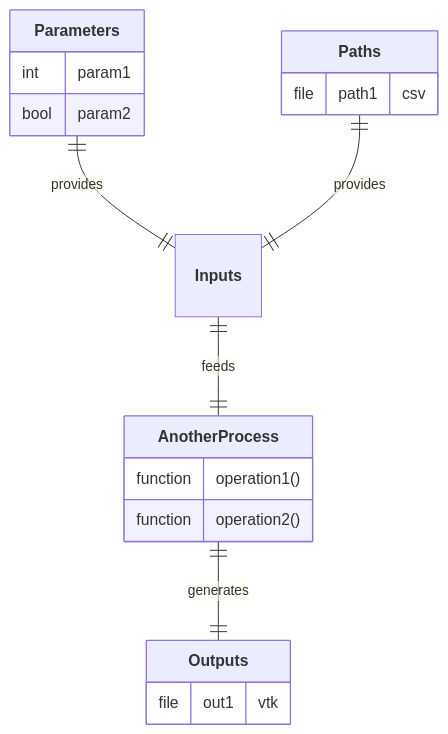
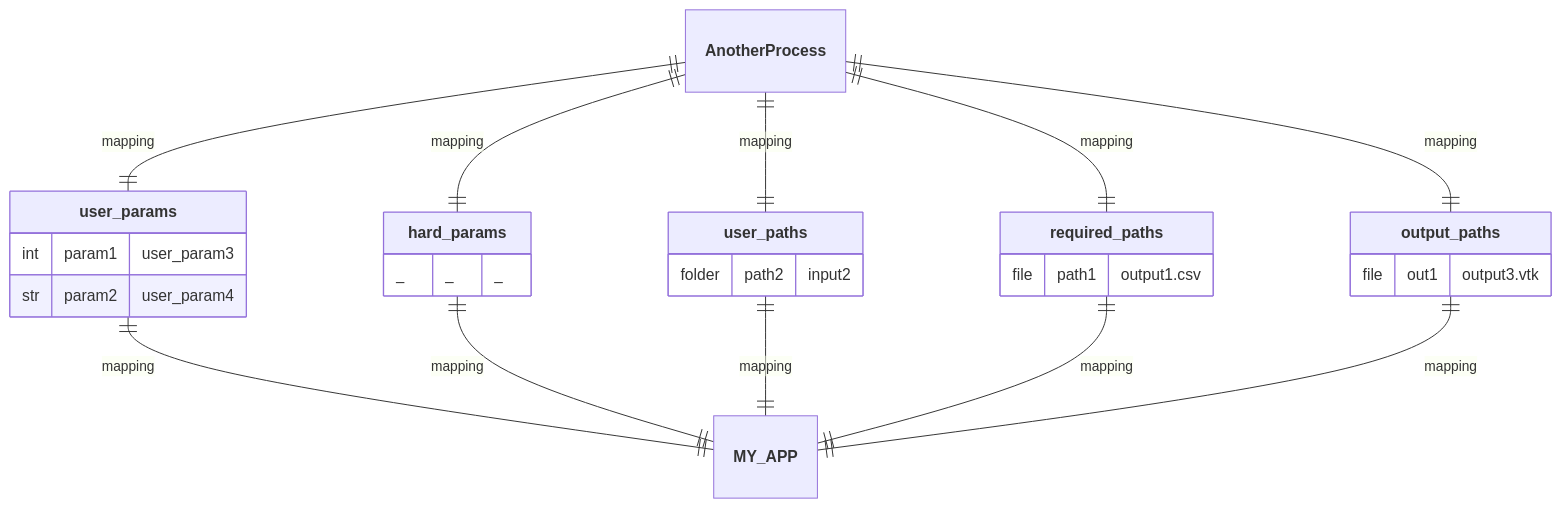
Diagram 11 of 11 in README.md (nuremics/nuremics), drawn with Mermaid before and after one commit. The commit also changed other lines of this file, not shown here.

````diff
--- a/README.md
+++ b/README.md
@@ -301,22 +316,30 @@
 ```mermaid
 erDiagram
-  **Parameters** ||--|| **Inputs** : provides
-  **Paths** ||--|| **Inputs** : provides
-  **Inputs** ||--|| **AnotherProcess** : feeds
-  **AnotherProcess** ||--|| **Outputs** : generates
+  **AnotherProcess** ||--|| **user_params** : mapping
+  **AnotherProcess** ||--|| **hard_params** : mapping
+  **AnotherProcess** ||--|| **user_paths** : mapping
+  **AnotherProcess** ||--|| **required_paths** : mapping
+  **AnotherProcess** ||--|| **output_paths** : mapping
+  **user_params** ||--|| **MY_APP** : mapping
+  **hard_params** ||--|| **MY_APP** : mapping
+  **user_paths** ||--|| **MY_APP** : mapping
+  **required_paths** ||--|| **MY_APP** : mapping
+  **output_paths** ||--|| **MY_APP** : mapping
 
-  **Parameters** {
-    int param1
-    bool param2
+  **user_params** {
+    int param1 "user_param3"
+    str param2 "user_param4"
   }
-  **Paths** {
-    file path1 "csv"
+  **hard_params** {
+    _ _ "_"
   }
-  **AnotherProcess** {
-    function operation1()
-    function operation2()
+  **user_paths** {
+    folder path2 "input2"
   }
-  **Outputs** {
-    file out1 "vtk"
+  **required_paths** {
+    file path1 "output1.csv"
+  }
+  **output_paths** {
+    file out1 "output3.vtk"
   }
 ```
````
